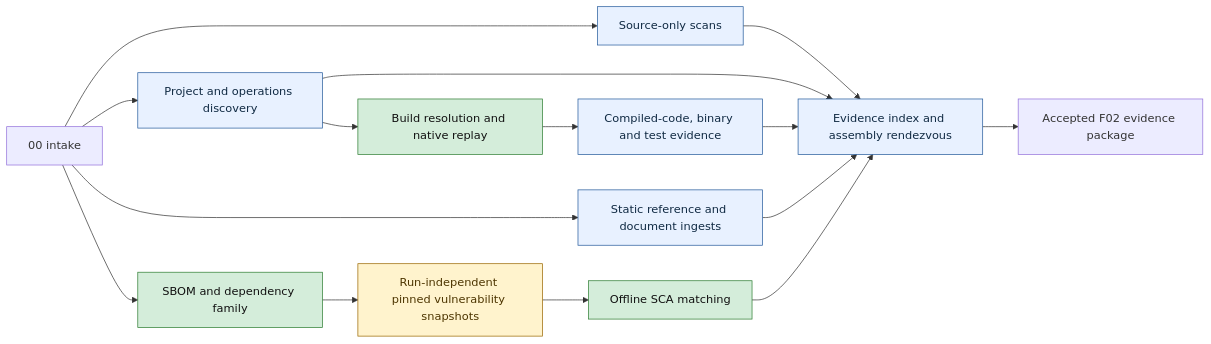
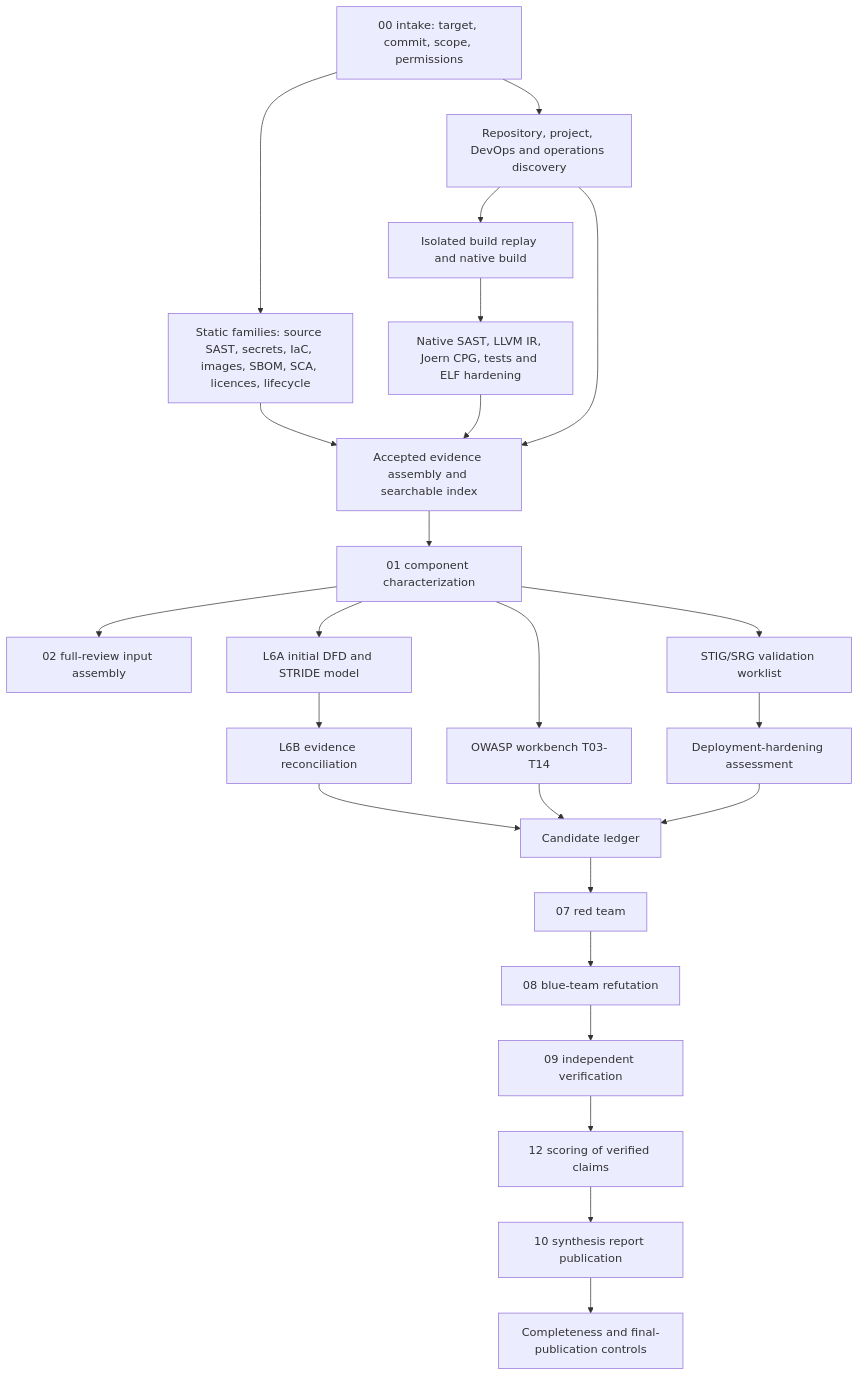
Before and after one commit to wsollers/appsec-review: the diagram in docs/appsec-review-process-flow.md, drawn with Mermaid. The commit also changed other lines of this file and 17 other files, not shown here.

Commit message:
Refresh qualified review operations documentation

````diff
--- a/docs/appsec-review-process-flow.md
+++ b/docs/appsec-review-process-flow.md
@@ -95,17 +11,22 @@
 ```mermaid
-flowchart LR
-  classDef source fill:#e8f1ff,stroke:#245a9b,color:#102a43
-  classDef enabled fill:#d4edda,stroke:#2e7d32,color:#111
-  classDef gap fill:#fff3cd,stroke:#9a6700,color:#4d3500
-
-  I[00 intake] --> A[Source-only scans]:::source
-  I --> D[Project and operations discovery]:::source
-  D --> B[Build resolution and native replay]:::enabled
-  B --> C[Compiled-code, binary and test evidence]:::source
-  I --> R[Static reference and document ingests]:::source
-  I --> V[SBOM and dependency family]:::enabled
-  V --> DB[Run-independent pinned vulnerability snapshots]:::gap
-  DB --> SCA[Offline SCA matching]:::enabled
-  A & D & C & R & SCA --> E[Evidence index and assembly rendezvous]:::source
-  E --> P[Accepted F02 evidence package]
+flowchart TD
+  I[00 intake: target, commit, scope, permissions] --> D[Repository, project, DevOps and operations discovery]
+  I --> S[Static families: source SAST, secrets, IaC, images, SBOM, SCA, licences, lifecycle]
+  D --> B[Isolated build replay and native build]
+  B --> N[Native SAST, LLVM IR, Joern CPG, tests and ELF hardening]
+  S & N & D --> E[Accepted evidence assembly and searchable index]
+  E --> C[01 component characterization]
+  C --> P[02 full-review input assembly]
+  C --> T1[L6A initial DFD and STRIDE model]
+  T1 --> T2[L6B evidence reconciliation]
+  C --> O[OWASP workbench T03-T14]
+  C --> G[STIG/SRG validation worklist]
+  G --> H[Deployment-hardening assessment]
+  T2 & O & H --> L[Candidate ledger]
+  L --> R[07 red team]
+  R --> U[08 blue-team refutation]
+  U --> V[09 independent verification]
+  V --> Q[12 scoring of verified claims]
+  Q --> X[10 synthesis report publication]
+  X --> A[Completeness and final-publication controls]
 ```
````
